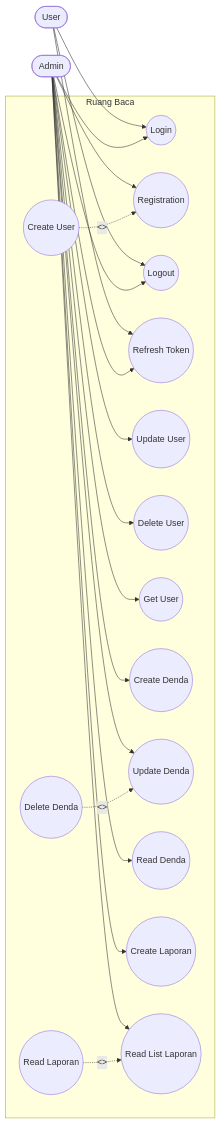
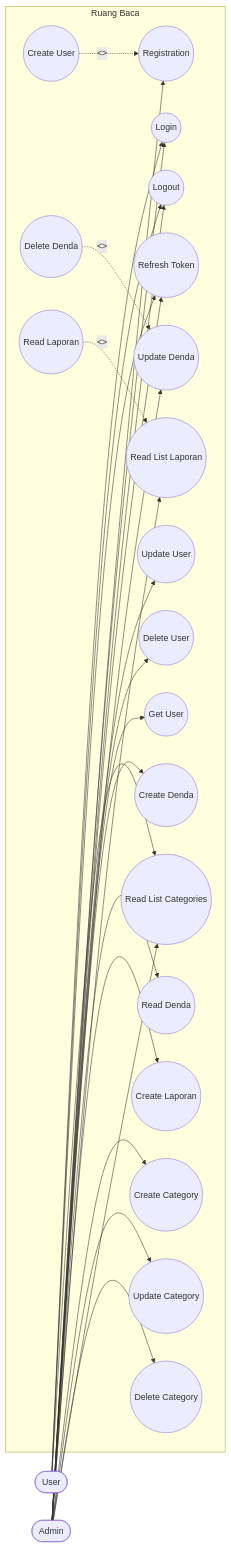
The diagram in docs/uml/src/diagrams/list-diagrams/use-case.mmd (dimstyle/ruang-baca), drawn with Mermaid before and after one commit. The commit also changed 16 other files, not shown here.

Commit message:
feat(books): implement category crud gates, raw sql queries, logging, unit tests, uml diagrams, and update specs

```diff
--- a/docs/uml/src/diagrams/list-diagrams/use-case.mmd
+++ b/docs/uml/src/diagrams/list-diagrams/use-case.mmd
@@ -1,44 +1,53 @@
 flowchart LR
     user(["User"])
     admin(["Admin"])
 
     subgraph system["Ruang Baca"]
         login(("Login"))
         register(("Registration"))
         createUser(("Create User"))
         logout(("Logout"))
         refreshToken(("Refresh Token"))
         updateUser(("Update User"))
         deleteUser(("Delete User"))
         getUser(("Get User"))
         createDenda(("Create Denda"))
         updateDenda(("Update Denda"))
         deleteDenda(("Delete Denda"))
         readDenda(("Read Denda"))
         createLaporan(("Create Laporan"))
         readLaporan(("Read Laporan"))
         readListLaporan(("Read List Laporan"))
+        createCategory(("Create Category"))
+        updateCategory(("Update Category"))
+        deleteCategory(("Delete Category"))
+        readListCategories(("Read List Categories"))
     end
 
     user --> login
     user --> logout
     user --> refreshToken
+    user --> readListCategories
 
     admin --> login
     admin --> register
     admin --> logout
     admin --> refreshToken
     admin --> updateUser
     admin --> deleteUser
     admin --> getUser
     admin --> createDenda
     admin --> updateDenda
     admin --> readDenda
     admin --> createLaporan
     admin --> readListLaporan
+    admin --> createCategory
+    admin --> updateCategory
+    admin --> deleteCategory
+    admin --> readListCategories
 
     createUser -. "<<extend>>" .-> register
     deleteDenda -. "<<extend>>" .-> updateDenda
     readLaporan -. "<<extend>>" .-> readListLaporan
 
-    class login,register,createUser,logout,refreshToken,updateUser,deleteUser,getUser,createDenda,updateDenda,deleteDenda,readDenda,createLaporan,readLaporan,readListLaporan usecase
+    class login,register,createUser,logout,refreshToken,updateUser,deleteUser,getUser,createDenda,updateDenda,deleteDenda,readDenda,createLaporan,readLaporan,readListLaporan,createCategory,updateCategory,deleteCategory,readListCategories usecase
```
